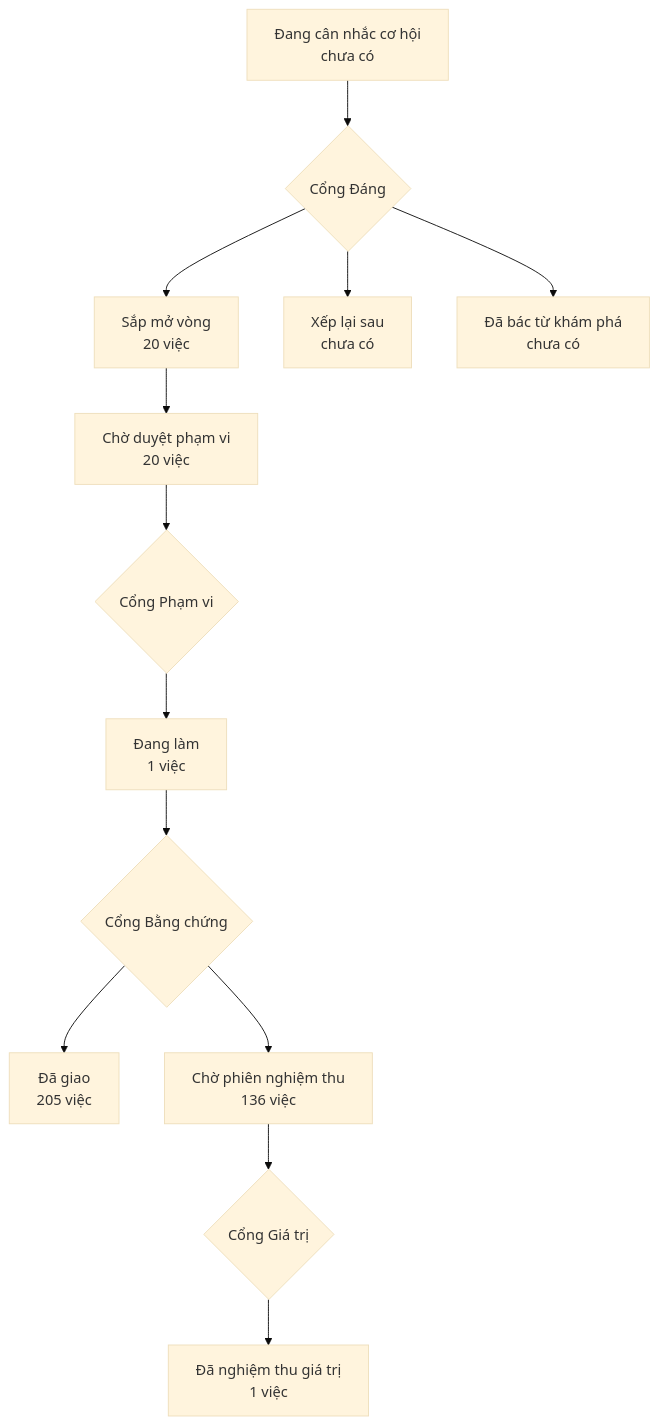
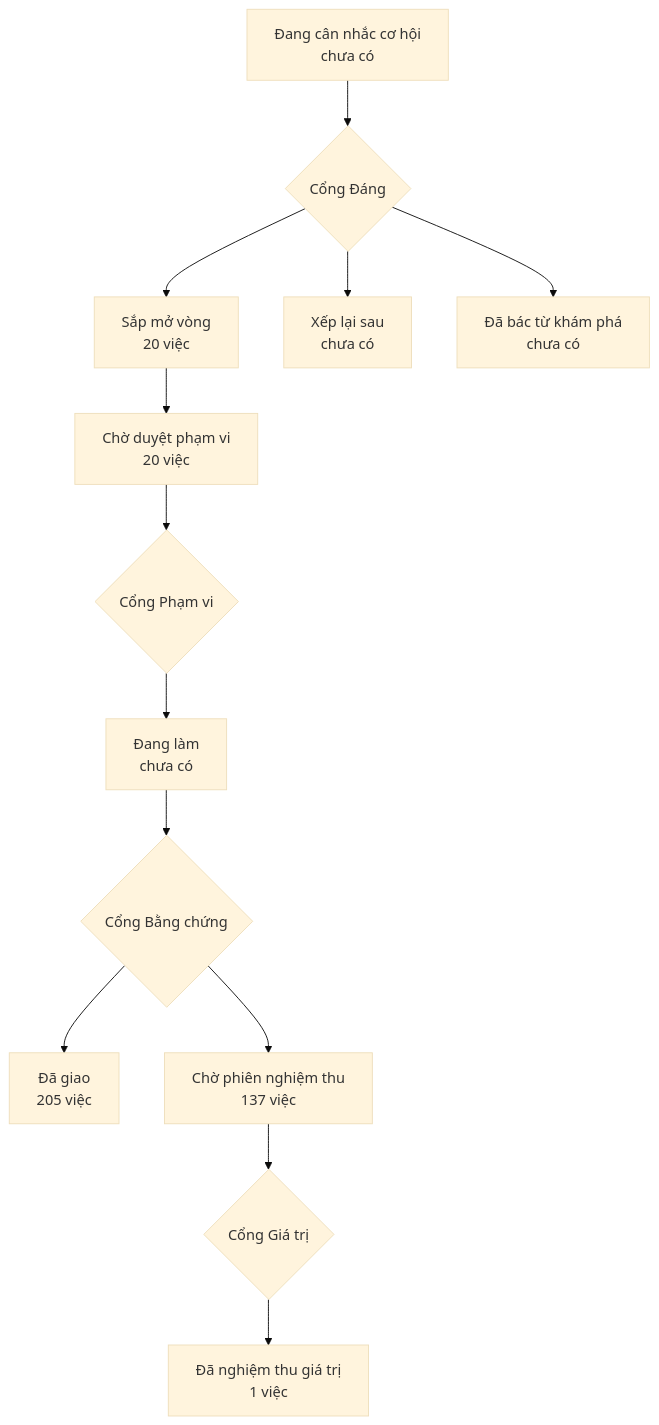
Before and after one commit to phanlemanh/onehub-invest: the diagram in PRODUCT-MAP.md, drawn with Mermaid (base theme). The commit also changed other lines of this file and 5 other files, not shown here.

````diff
--- a/PRODUCT-MAP.md
+++ b/PRODUCT-MAP.md
@@ -7,12 +7,12 @@
 ```mermaid
 flowchart TD
   A["Đang cân nhắc cơ hội<br/>chưa có"] --> GD{"Cổng Đáng"}
   GD --> B["Sắp mở vòng<br/>20 việc"]
   GD --> XL["Xếp lại sau<br/>chưa có"]
   GD --> DB["Đã bác từ khám phá<br/>chưa có"]
   B --> CD["Chờ duyệt phạm vi<br/>20 việc"] --> GP{"Cổng Phạm vi"}
-  GP --> DL["Đang làm<br/>1 việc"] --> GB{"Cổng Bằng chứng"}
+  GP --> DL["Đang làm<br/>chưa có"] --> GB{"Cổng Bằng chứng"}
   GB --> DG["Đã giao<br/>205 việc"]
-  GB --> CN["Chờ phiên nghiệm thu<br/>136 việc"] --> GG{"Cổng Giá trị"}
+  GB --> CN["Chờ phiên nghiệm thu<br/>137 việc"] --> GG{"Cổng Giá trị"}
   GG --> NT["Đã nghiệm thu giá trị<br/>1 việc"]
 ```
````
